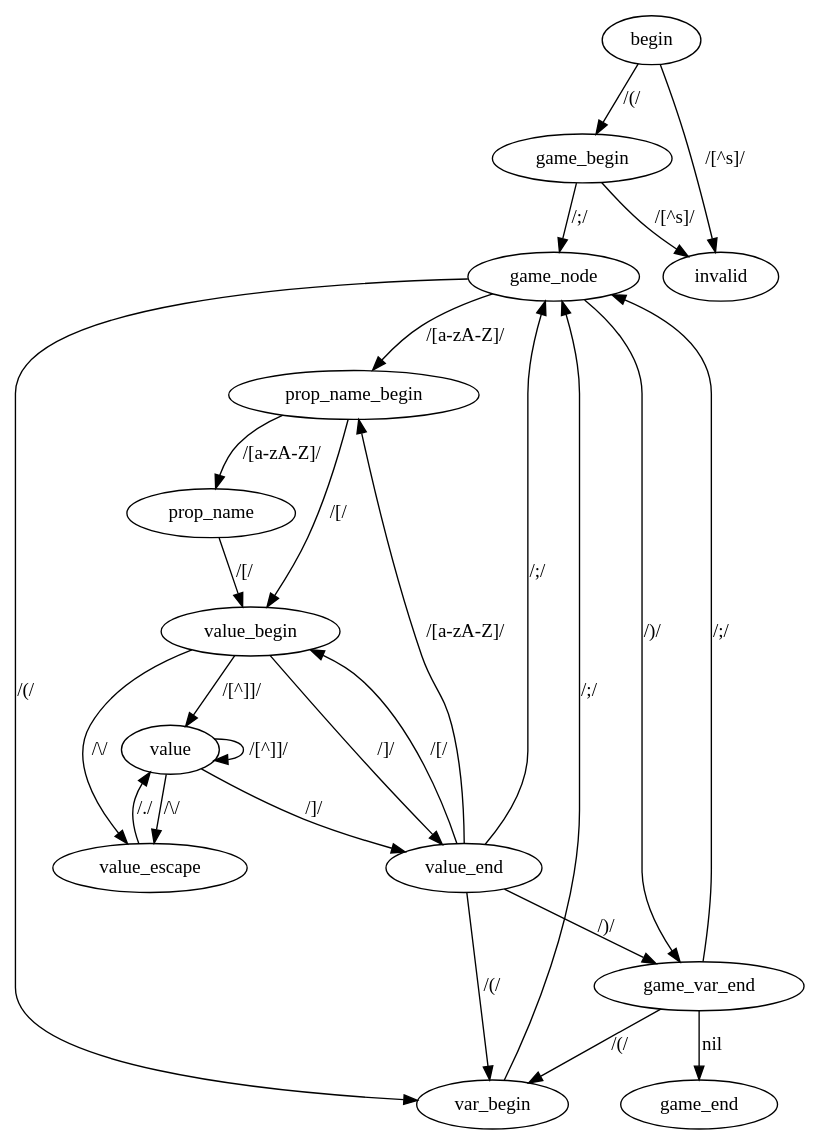
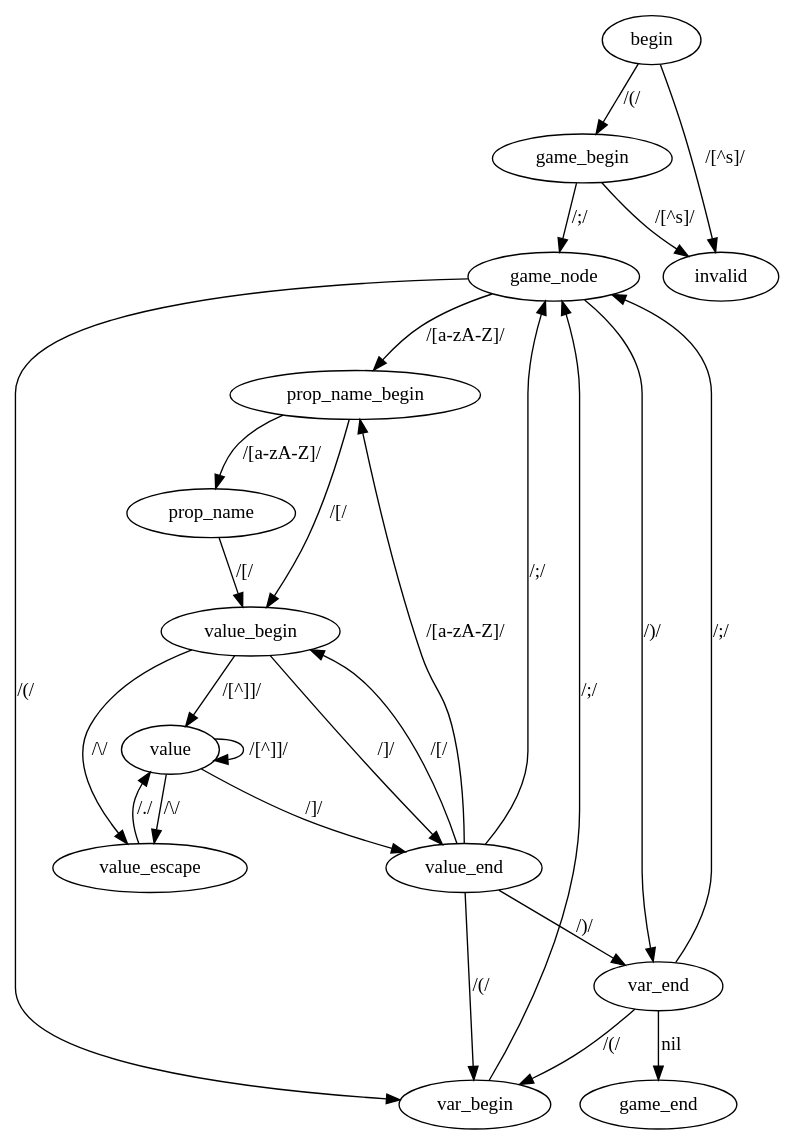
The diagram in doc/sgf_state_machine.dot (gcao/sgf_parser), drawn with Graphviz before and after one commit. The commit also changed 2 other files, not shown here.

Commit message:
Update state machine graph

```diff
--- a/doc/sgf_state_machine.dot
+++ b/doc/sgf_state_machine.dot
@@ -1,41 +1,41 @@
 digraph SGF_STATE_MACHINE {
 begin[];
 value_end[];
 game_node[];
 value_end -> game_node[label="/;/"];
 var_begin[];
 value_end -> var_begin[label="/\(/"];
 prop_name_begin[];
 value_end -> prop_name_begin[label="/[a-zA-Z]/"];
 value_begin[];
 value_end -> value_begin[label="/\[/"];
-game_var_end[];
-value_end -> game_var_end[label="/\)/"];
-game_var_end -> game_node[label="/;/"];
-game_var_end -> var_begin[label="/\(/"];
+var_end[];
+value_end -> var_end[label="/\)/"];
+var_end -> game_node[label="/;/"];
+var_end -> var_begin[label="/\(/"];
 game_end[];
-game_var_end -> game_end[label="nil"];
+var_end -> game_end[label="nil"];
 value[];
 value_begin -> value[label="/[^\]]/"];
 value_escape[];
 value_begin -> value_escape[label="/\\/"];
 value_begin -> value_end[label="/\]/"];
 value -> value_escape[label="/\\/"];
 value -> value[label="/[^\]]/"];
 value -> value_end[label="/\]/"];
 game_node -> var_begin[label="/\(/"];
 game_node -> prop_name_begin[label="/[a-zA-Z]/"];
-game_node -> game_var_end[label="/\)/"];
+game_node -> var_end[label="/\)/"];
 game_begin[];
 begin -> game_begin[label="/\(/"];
 invalid[];
 begin -> invalid[label="/[^\s]/"];
 prop_name[];
 prop_name_begin -> prop_name[label="/[a-zA-Z]/"];
 prop_name_begin -> value_begin[label="/\[/"];
 game_begin -> game_node[label="/;/"];
 game_begin -> invalid[label="/[^\s]/"];
 value_escape -> value[label="/./"];
 var_begin -> game_node[label="/;/"];
 prop_name -> value_begin[label="/\[/"];
 }
```
